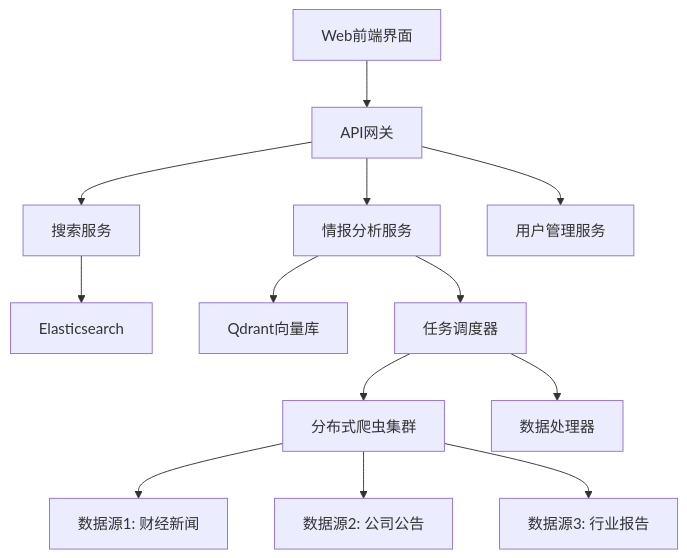
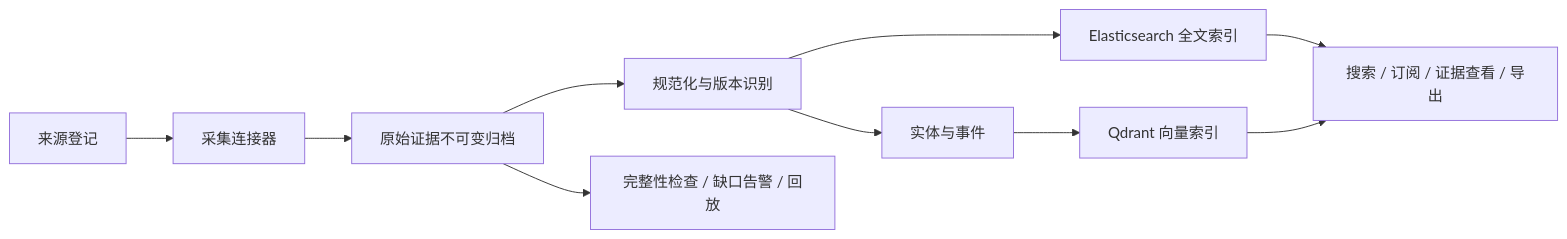
The diagram in README.md (jobssteve164dev/Qsou), drawn with Mermaid before and after one commit. The commit also changed other lines of this file and 6 other files, not shown here.

````diff
--- a/README.md
+++ b/README.md
@@ -33,18 +40,12 @@
 ```mermaid
-graph TD
-    A[Web前端界面] --> B[API网关]
-    B --> C[搜索服务]
-    B --> D[情报分析服务]
-    B --> E[用户管理服务]
-    
-    C --> F[Elasticsearch]
-    D --> G[Qdrant向量库]
-    D --> H[任务调度器]
-    
-    H --> I[分布式爬虫集群]
-    H --> J[数据处理器]
-    
-    I --> K[数据源1: 财经新闻]
-    I --> L[数据源2: 公司公告]
-    I --> M[数据源3: 行业报告]
+flowchart LR
+    A[来源登记] --> B[采集连接器]
+    B --> C[原始证据不可变归档]
+    C --> D[规范化与版本识别]
+    D --> E[实体与事件]
+    D --> F[Elasticsearch 全文索引]
+    E --> G[Qdrant 向量索引]
+    F --> H[搜索 / 订阅 / 证据查看 / 导出]
+    G --> H
+    C --> I[完整性检查 / 缺口告警 / 回放]
 ```
````
